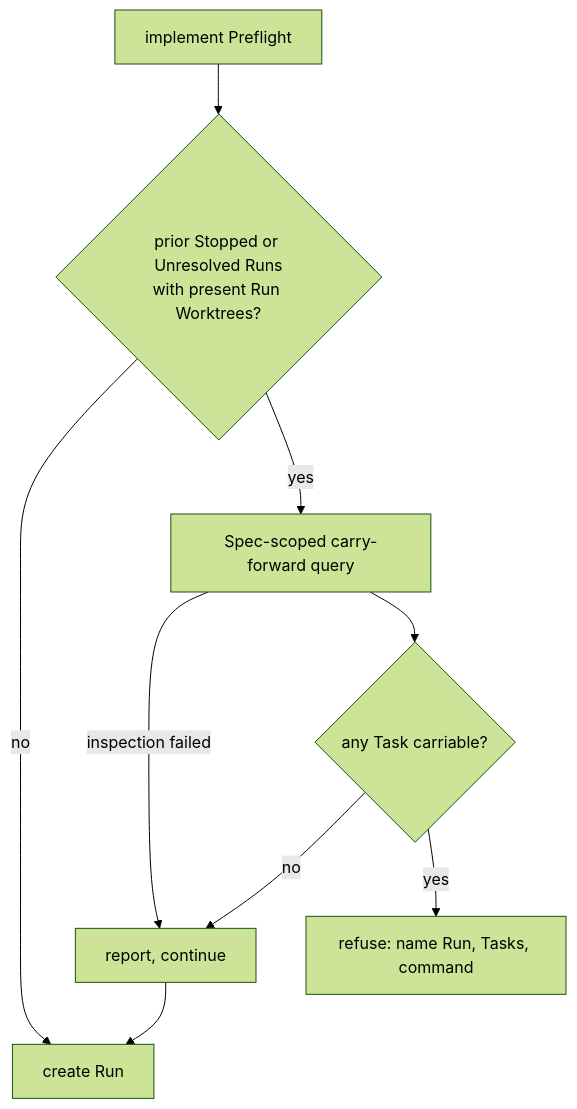
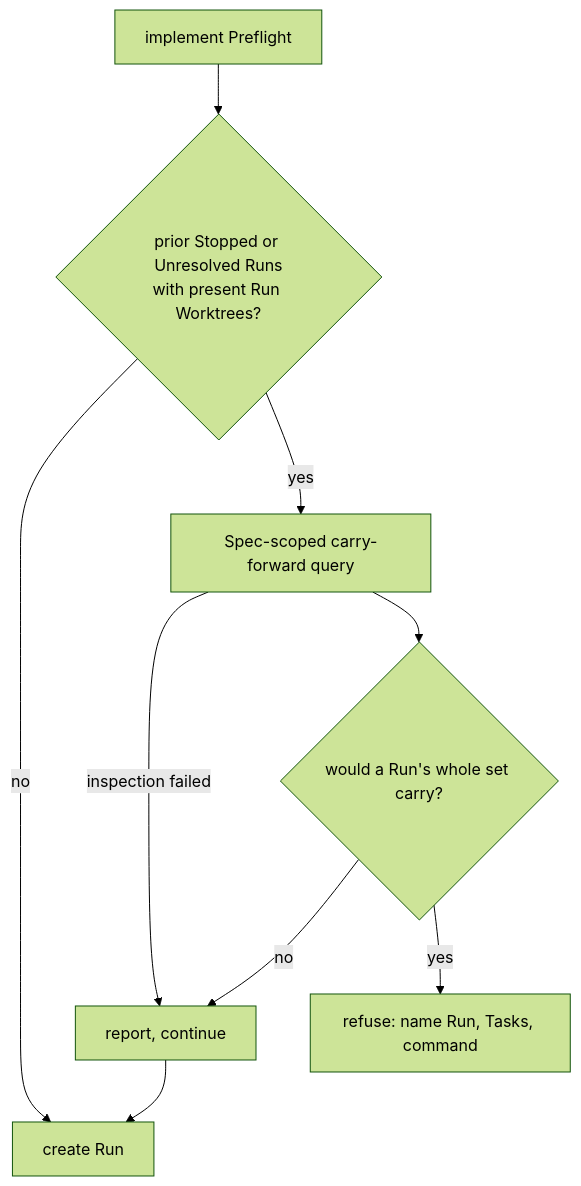
One commit to marcioaltoe/roundfix changed the diagram in docs/specs/0118-a-task-proved-once-does-not-run-twice/_techspec.md. Above: the diagram before and after it, drawn with Mermaid (forest theme). The commit also changed other lines of this file and 3 other files, not shown here.

````diff
--- a/docs/specs/0118-a-task-proved-once-does-not-run-twice/_techspec.md
+++ b/docs/specs/0118-a-task-proved-once-does-not-run-twice/_techspec.md
@@ -128,10 +137,10 @@
 ```mermaid
 flowchart TD
     A[implement Preflight] --> B{prior Stopped or Unresolved Runs<br/>with present Run Worktrees?}
     B -- no --> R[create Run]
     B -- yes --> C[Spec-scoped carry-forward query]
     C -- inspection failed --> N[report, continue] --> R
-    C --> D{any Task carriable?}
+    C --> D{would a Run's whole set carry?}
     D -- no --> N
     D -- yes --> E[refuse: name Run, Tasks, command]
 ```
````
